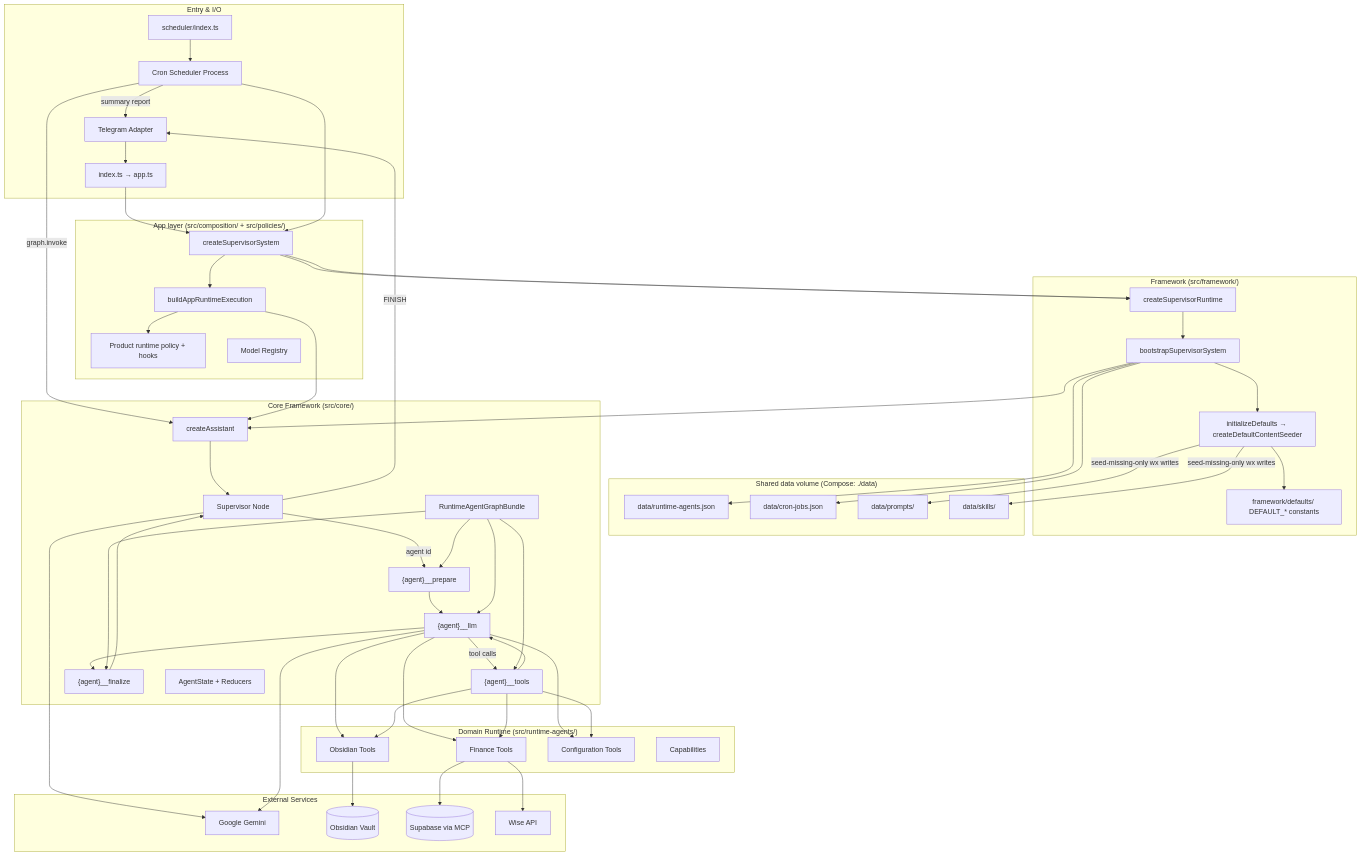
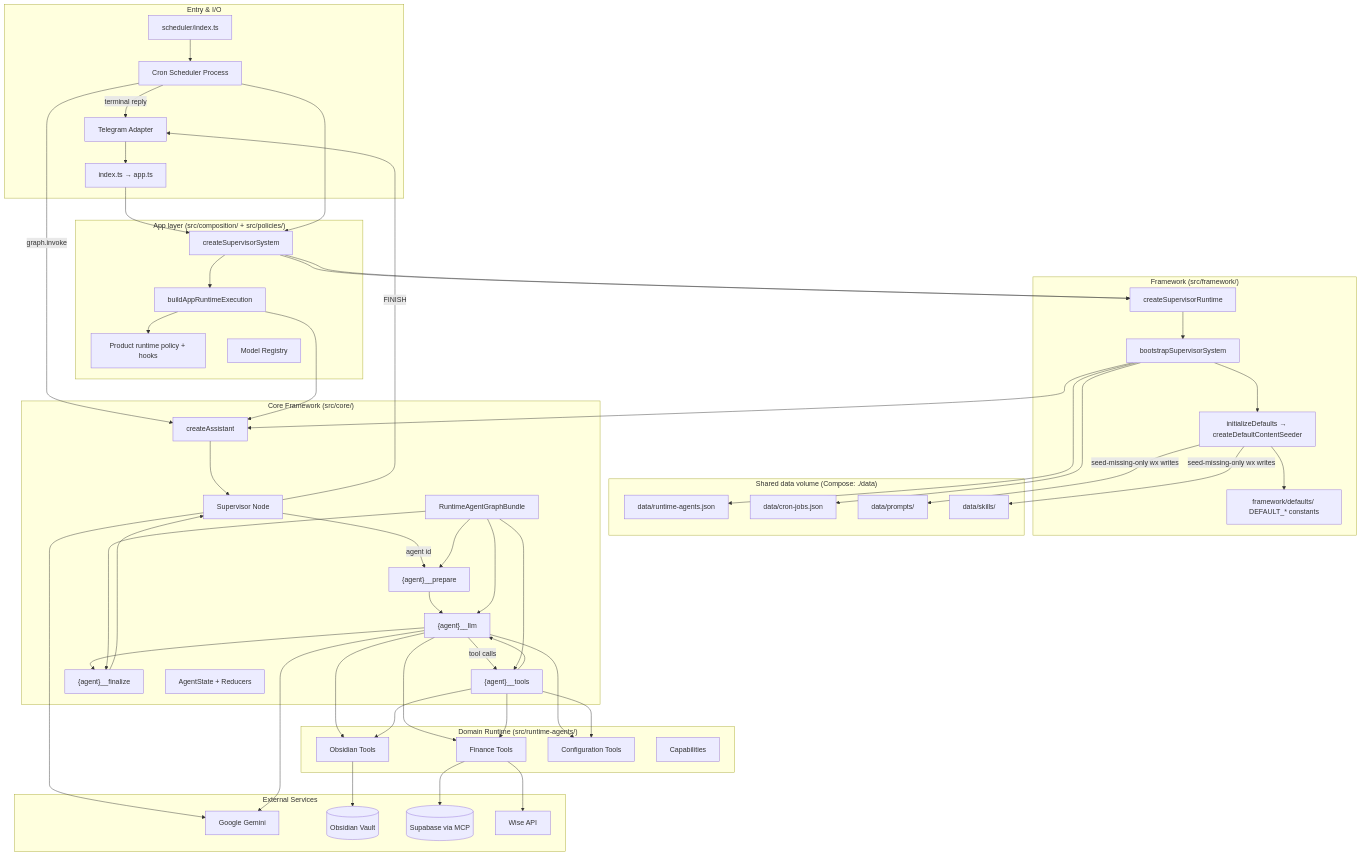
The first of 2 diagrams in docs/ARCHITECTURE.md (slnnzmtl/langgraph-personal-assistant), drawn with Mermaid before and after one commit. The commit also changed other lines of this file and 4 other files, not shown here.

Commit message:
refactor: remove summary model dependency from scheduler runtime and cron runner, replacing it with terminal message extraction for improved clarity and efficiency in job result handling

````diff
--- a/docs/ARCHITECTURE.md
+++ b/docs/ARCHITECTURE.md
@@ -33,81 +33,81 @@
 ```mermaid
 flowchart TB
     subgraph Entry["Entry & I/O"]
         TG[Telegram Adapter]
         CRON[Cron Scheduler Process]
         IDX[index.ts → app.ts]
         CRIDX[scheduler/index.ts]
     end
 
     subgraph AppLayer["App layer (src/composition/ + src/policies/)"]
         WFC[createSupervisorSystem]
         KIT[buildAppRuntimeExecution]
         POL[Product runtime policy + hooks]
         MR[Model Registry]
     end
 
     subgraph FrameworkLayer["Framework (src/framework/)"]
         RUNTIME[createSupervisorRuntime]
         BOOT[bootstrapSupervisorSystem]
         SEED[initializeDefaults → createDefaultContentSeeder]
         DEF[framework/defaults/ DEFAULT_* constants]
     end
 
     subgraph DataLayer["Shared data volume (Compose: ./data)"]
         RA[data/runtime-agents.json]
         CJ[data/cron-jobs.json]
         PR[data/prompts/]
         SK[data/skills/]
     end
 
     subgraph Core["Core Framework (src/core/)"]
         CA[createAssistant]
         SUP[Supervisor Node]
         PREP["{agent}__prepare"]
         LLM["{agent}__llm"]
         TOOLS["{agent}__tools"]
         FINN["{agent}__finalize"]
         BUNDLE[RuntimeAgentGraphBundle]
         STATE[AgentState + Reducers]
     end
 
     subgraph Runtime["Domain Runtime (src/runtime-agents/)"]
         FIN[Finance Tools]
         OBS[Obsidian Tools]
         CFG[Configuration Tools]
         BUND[Capabilities]
     end
 
     subgraph External["External Services"]
         GEMINI[Google Gemini]
         VAULT[(Obsidian Vault)]
         SB[(Supabase via MCP)]
         WISE[Wise API]
     end
 
     TG --> IDX --> WFC --> RUNTIME --> BOOT --> CA
     CRIDX --> CRON
     CRON --> WFC
     WFC --> RUNTIME
     CRON -->|graph.invoke| CA
-    CRON -->|summary report| TG
+    CRON -->|terminal reply| TG
     WFC --> KIT --> CA
     KIT --> POL
     BOOT --> SEED
     SEED --> DEF
     SEED -->|seed-missing-only wx writes| PR & SK
     BOOT --> RA & CJ
     CA --> SUP
     SUP -->|agent id| PREP
     PREP --> LLM
     LLM -->|tool calls| TOOLS
     TOOLS --> LLM
     LLM --> FINN
     FINN --> SUP
     SUP -->|FINISH| TG
     BUNDLE --> PREP & LLM & TOOLS & FINN
     LLM & TOOLS --> FIN & OBS & CFG
     FIN --> SB & WISE
     OBS --> VAULT
     SUP & LLM --> GEMINI
 ```
````
